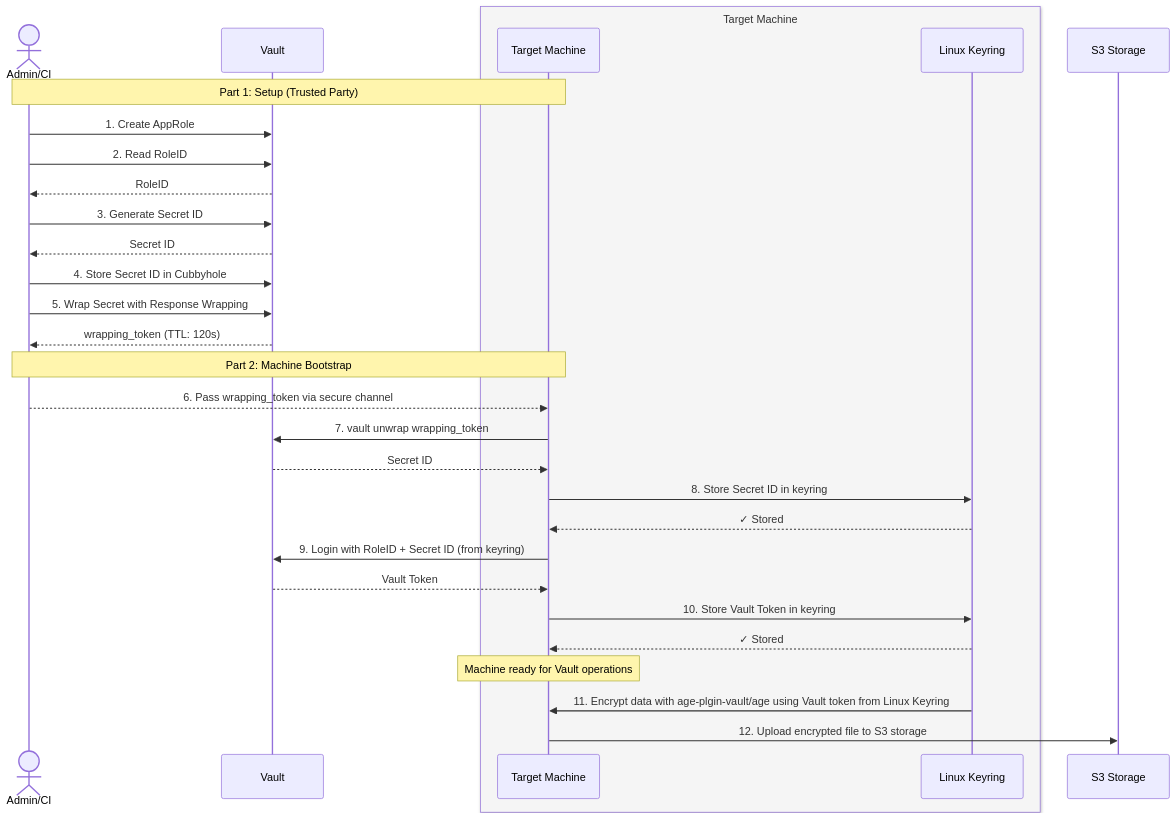
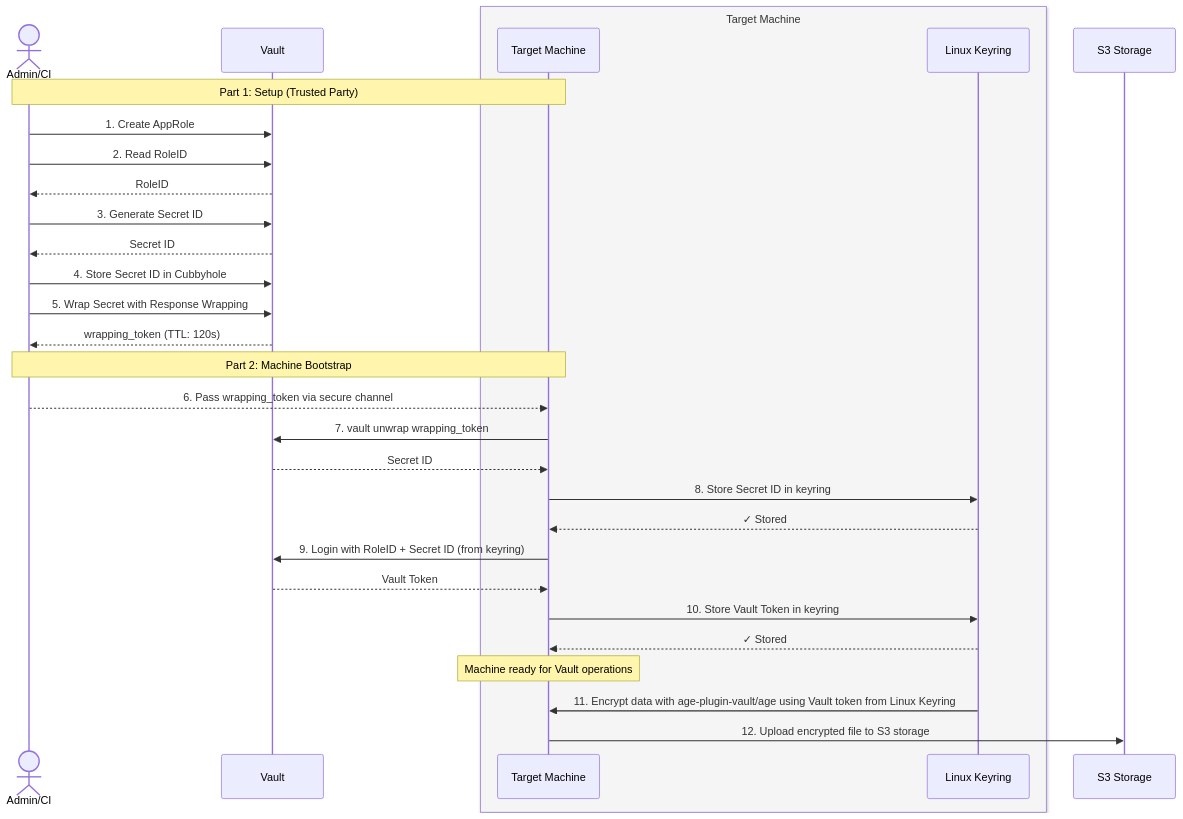
One commit to stsch9/age-plugin-vault changed the diagram in docs/machine_encryption.md. Above: the diagram before and after it, drawn with Mermaid.

Commit message:
small fix

````diff
--- a/docs/machine_encryption.md
+++ b/docs/machine_encryption.md
@@ -15,47 +15,47 @@
 ```mermaid
 sequenceDiagram
     actor Admin as Admin/CI
     participant Vault
     box rgb(245, 245, 245) Target Machine
         participant Machine as Target Machine
         participant Keyring as Linux Keyring
     end
 
     participant Storage as S3 Storage
 
     Note over Admin,Machine: Part 1: Setup (Trusted Party)
     
     Admin->>Vault: 1. Create AppRole
     Admin->>Vault: 2. Read RoleID
     Vault-->>Admin: RoleID
     
     Admin->>Vault: 3. Generate Secret ID
     Vault-->>Admin: Secret ID
     
     Admin->>Vault: 4. Store Secret ID in Cubbyhole
     
     Admin->>Vault: 5. Wrap Secret with Response Wrapping
     Vault-->>Admin: wrapping_token (TTL: 120s)
     
     Note over Admin,Machine: Part 2: Machine Bootstrap
     
     Admin-->>Machine: 6. Pass wrapping_token via secure channel
     
     Machine->>Vault: 7. vault unwrap wrapping_token
     Vault-->>Machine: Secret ID
     
     Machine->>Keyring: 8. Store Secret ID in keyring
     Keyring-->>Machine: ✓ Stored
     
     Machine->>Vault: 9. Login with RoleID + Secret ID (from keyring)
     Vault-->>Machine: Vault Token
     
     Machine->>Keyring: 10. Store Vault Token in keyring
     Keyring-->>Machine: ✓ Stored
 
     Note over Machine: Machine ready for Vault operations
 
-    Keyring->>Machine: 11. Encrypt data with age-plgin-vault/age using Vault token from Linux Keyring
+    Keyring->>Machine: 11. Encrypt data with age-plugin-vault/age using Vault token from Linux Keyring
     Machine->>Storage: 12. Upload encrypted file to S3 storage
 
 ```
````
